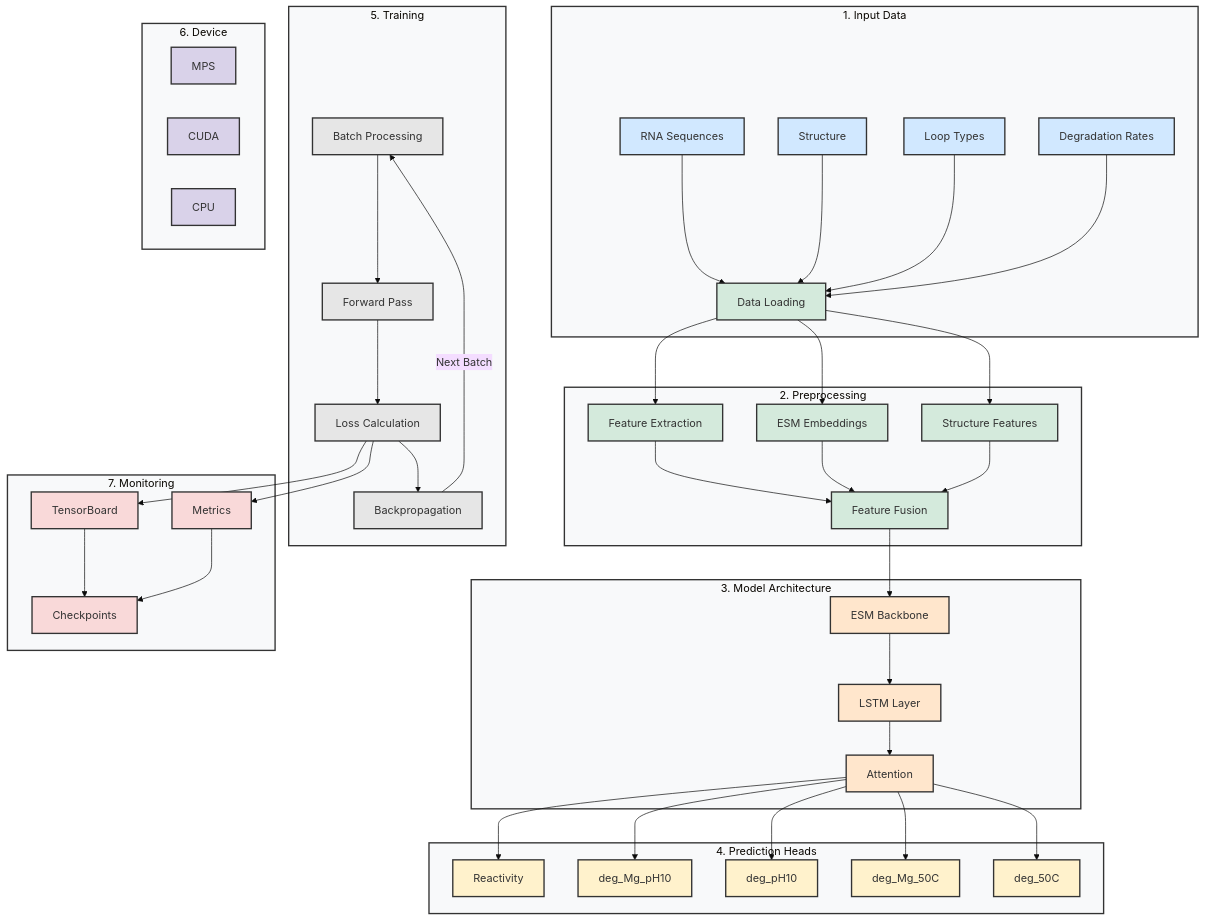
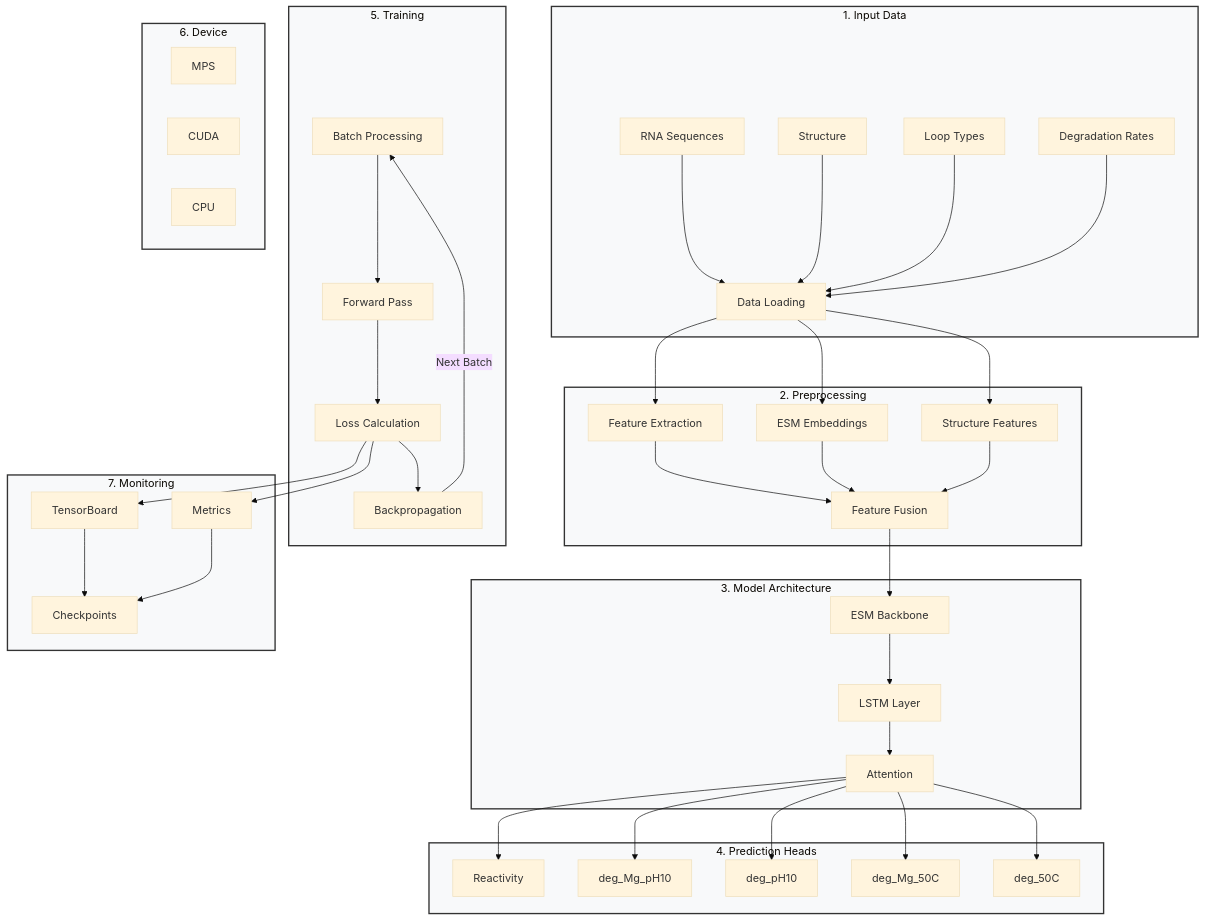
One commit to brikjr/RNA-degradation-esm changed the diagram in README.md. Above: the diagram before and after it, drawn with Mermaid (base theme).

Commit message:
README Update

````diff
--- a/README.md
+++ b/README.md
@@ -8,74 +8,65 @@
 ```mermaid
 graph TB
     subgraph Input["1. Input Data"]
         A1[RNA Sequences]:::inputNode
         A2[Structure]:::inputNode
         A3[Loop Types]:::inputNode
         A4[Degradation Rates]:::inputNode
         A1 & A2 & A3 & A4 --> B1[Data Loading]:::processNode
     end
 
     subgraph Preprocessing["2. Preprocessing"]
         C1[Feature Extraction]:::processNode
         C2[ESM Embeddings]:::processNode
         C3[Structure Features]:::processNode
         B1 --> C1 & C2 & C3
         C1 & C2 & C3 --> C4[Feature Fusion]:::processNode
     end
 
     subgraph ModelArch["3. Model Architecture"]
         D1[ESM Backbone]:::modelNode
         D2[LSTM Layer]:::modelNode
         D3[Attention]:::modelNode
         C4 --> D1 --> D2 --> D3
     end
 
     subgraph Predictions["4. Prediction Heads"]
         E1[Reactivity]:::outputNode
         E2[deg_Mg_pH10]:::outputNode
         E3[deg_pH10]:::outputNode
         E4[deg_Mg_50C]:::outputNode
         E5[deg_50C]:::outputNode
         D3 --> E1 & E2 & E3 & E4 & E5
     end
 
     subgraph Training["5. Training"]
         F1[Batch Processing]:::trainNode
         F2[Forward Pass]:::trainNode
         F3[Loss Calculation]:::trainNode
         F4[Backpropagation]:::trainNode
         F1 --> F2 --> F3 --> F4
         F4 --> |Next Batch| F1
     end
 
     subgraph Hardware["6. Device"]
         G1[MPS]:::hwNode
         G2[CUDA]:::hwNode
         G3[CPU]:::hwNode
     end
 
     subgraph Monitor["7. Monitoring"]
         H1[TensorBoard]:::monitorNode
         H2[Metrics]:::monitorNode
         H3[Checkpoints]:::monitorNode
         F3 --> H1 & H2 --> H3
     end
 
-    %% Style Definitions
-    classDef inputNode fill:#d1e8ff,stroke:#333,stroke-width:2px
-    classDef processNode fill:#d4eadc,stroke:#333,stroke-width:2px
-    classDef modelNode fill:#ffe6cc,stroke:#333,stroke-width:2px
-    classDef outputNode fill:#fff2cc,stroke:#333,stroke-width:2px
-    classDef trainNode fill:#e6e6e6,stroke:#333,stroke-width:2px
-    classDef hwNode fill:#d9d2e9,stroke:#333,stroke-width:2px
-    classDef monitorNode fill:#f9d9d9,stroke:#333,stroke-width:2px
-
     %% Subgraph Styles
     style Input fill:#f8f9fa,stroke:#333,stroke-width:2px
     style Preprocessing fill:#f8f9fa,stroke:#333,stroke-width:2px
     style ModelArch fill:#f8f9fa,stroke:#333,stroke-width:2px
     style Predictions fill:#f8f9fa,stroke:#333,stroke-width:2px
     style Training fill:#f8f9fa,stroke:#333,stroke-width:2px
     style Hardware fill:#f8f9fa,stroke:#333,stroke-width:2px
     style Monitor fill:#f8f9fa,stroke:#333,stroke-width:2px
 ```
````
